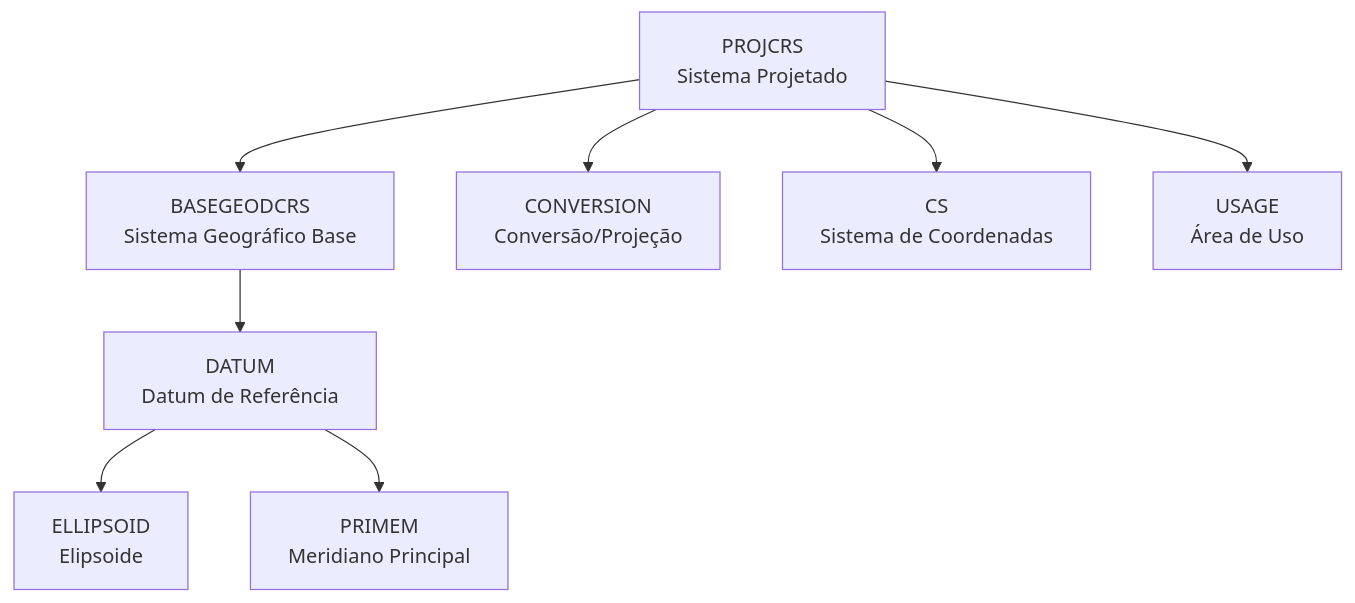
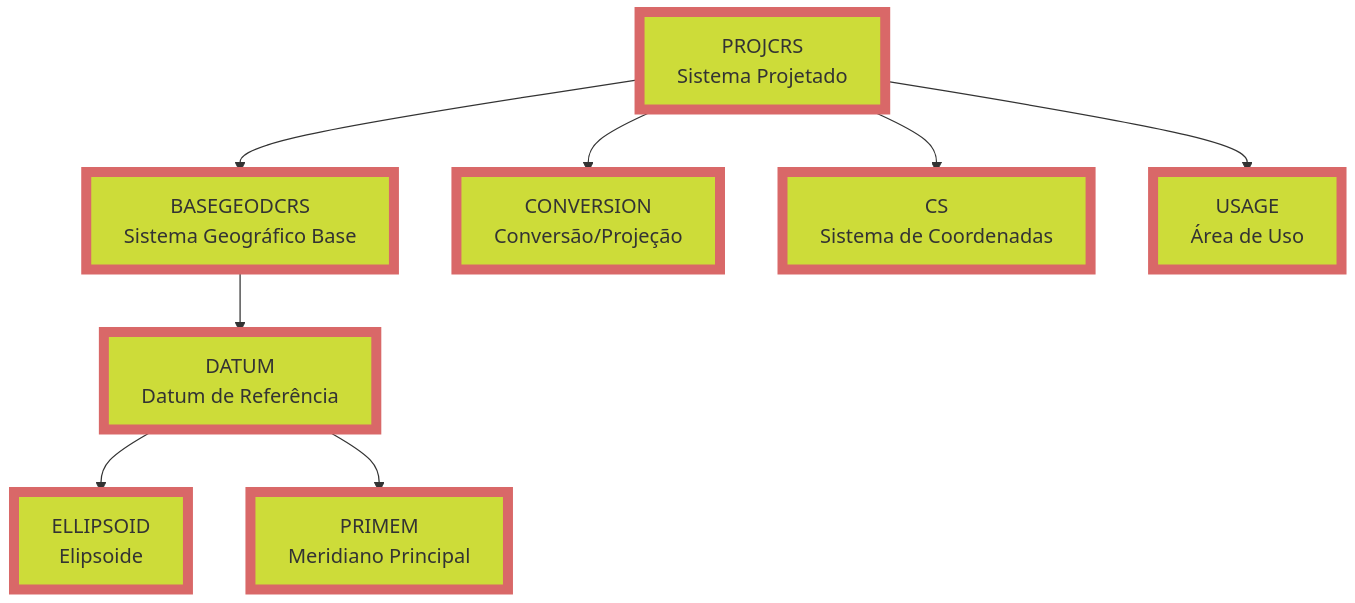
The first of 2 diagrams in docs/gis/datum_sirgas_utm.md (255ribeiro/intro_topografia), drawn with Mermaid before and after one commit. The commit also changed other lines of this file and 2 other files, not shown here.

Commit message:
color scheme

````diff
--- a/docs/gis/datum_sirgas_utm.md
+++ b/docs/gis/datum_sirgas_utm.md
@@ -59,10 +59,19 @@
 ```mermaid
 graph TD
     A[PROJCRS<br/>Sistema Projetado] --> B[BASEGEODCRS<br/>Sistema Geográfico Base]
     B --> C[DATUM<br/>Datum de Referência]
     C --> D[ELLIPSOID<br/>Elipsoide]
     C --> E[PRIMEM<br/>Meridiano Principal]
     A --> F[CONVERSION<br/>Conversão/Projeção]
     A --> G[CS<br/>Sistema de Coordenadas]
     A --> H[USAGE<br/>Área de Uso]
+    classDef limeBox fill:#cddc39,stroke:#D96868,stroke-width:8px;
+    A:::limeBox
+    B:::limeBox
+    C:::limeBox
+    D:::limeBox
+    E:::limeBox
+    F:::limeBox
+    G:::limeBox
+    H:::limeBox
 ```
````
